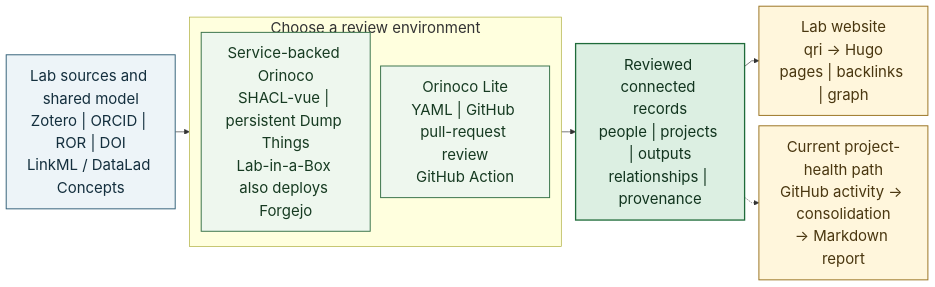
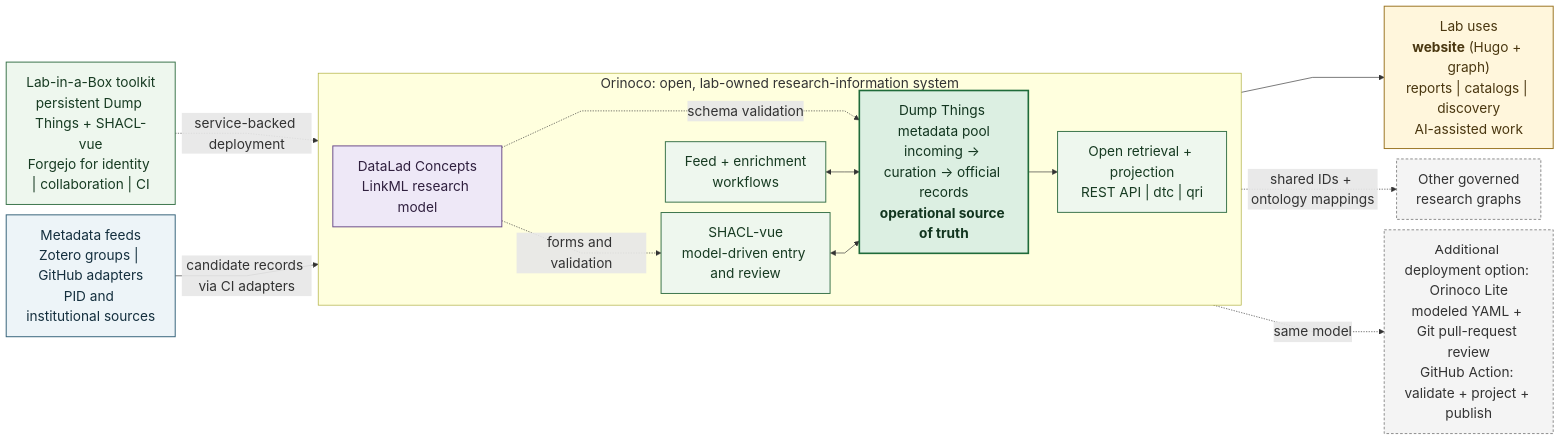
The diagram in 2026-usrse/orinoco-metadata-flow.mmd (con/talks), drawn with Mermaid before and after one commit. The commit also changed 1 other file, not shown here.

Commit message:
Reframe poster figure around the Orinoco stack

```diff
--- a/2026-usrse/orinoco-metadata-flow.mmd
+++ b/2026-usrse/orinoco-metadata-flow.mmd
@@ -1,29 +1,47 @@
-%% Solid arrows show working paths; the dashed arrow shows prospective reuse.
-%%{init: {"htmlLabels": true, "flowchart": {"curve": "linear", "nodeSpacing": 16, "rankSpacing": 22}, "themeVariables": {"fontFamily": "Arial, Helvetica, sans-serif", "fontSize": "23px"}}}%%
+%% Solid arrows show metadata flow; dashed arrows show supporting model,
+%% deployment, and interoperability relationships.
+%% The component layout adapts Orinoco's 2026 selfhost_components.svg artwork.
+%%{init: {"htmlLabels": true, "flowchart": {"curve": "linear", "nodeSpacing": 16, "rankSpacing": 20}, "themeVariables": {"fontFamily": "Arial, Helvetica, sans-serif", "fontSize": "21px"}}}%%
 flowchart LR
-    K["Lab sources and shared model<br/>Zotero | ORCID | ROR | DOI<br/>LinkML / DataLad Concepts"]
+    F["Metadata feeds<br/>Zotero groups | GitHub adapters<br/>PID and institutional sources"]
 
-    subgraph E["Choose a review environment"]
-        direction TB
-        O["Service-backed Orinoco<br/>SHACL-vue | persistent Dump Things<br/>Lab-in-a-Box also deploys Forgejo"]
-        L["Orinoco Lite<br/>YAML | GitHub pull-request review<br/>GitHub Action"]
+    G["Lab-in-a-Box toolkit<br/>persistent Dump Things + SHACL-vue<br/>Forgejo for identity | collaboration | CI"]
+
+    subgraph O["Orinoco: open, lab-owned research-information system"]
+        direction LR
+        M["DataLad Concepts<br/>LinkML research model"]
+        E["Feed + enrichment<br/>workflows"]
+        V["SHACL-vue<br/>model-driven entry and review"]
+        P["Dump Things metadata pool<br/>incoming → curation → official records<br/><b>operational source of truth</b>"]
+        Q["Open retrieval + projection<br/>REST API | dtc | qri"]
+
+        M -. "forms and validation" .-> V
+        M -. "schema validation" .-> P
+        E <--> P
+        V <--> P
+        P --> Q
     end
 
-    R["Reviewed connected records<br/>people | projects | outputs<br/>relationships | provenance"]
-    W["Lab website<br/>qri -> Hugo<br/>pages | backlinks | graph"]
-    C["Current project-health path<br/>GitHub activity -> consolidation<br/>-> Markdown report"]
+    G -. "service-backed deployment" .-> O
 
-    K --> E
-    E --> R
-    R --> W
-    R -.-> C
+    F -->|"candidate records via CI adapters"| O
+    O --> U["Lab uses<br/><b>website</b> (Hugo + graph)<br/>reports | catalogs | discovery<br/>AI-assisted work"]
 
-    classDef source fill:#edf4f8,stroke:#35627a,color:#142f3e,stroke-width:1.5px;
-    classDef pathway fill:#eef7ee,stroke:#39734a,color:#173b22,stroke-width:1.5px;
-    classDef records fill:#dcefe2,stroke:#1f6b3a,color:#12351f,stroke-width:2px;
-    classDef output fill:#fff6dc,stroke:#9a7422,color:#4a3710,stroke-width:1.5px;
+    O -. "shared IDs + ontology mappings" .-> K["Other governed<br/>research graphs"]
 
-    class K source;
-    class O,L pathway;
-    class R records;
-    class W,C output;
+    L["Additional deployment option: Orinoco Lite<br/>modeled YAML + Git pull-request review<br/>GitHub Action: validate + project + publish"]
+    O -. "same model" .-> L
+
+    classDef feed fill:#edf4f8,stroke:#35627a,color:#142f3e,stroke-width:1.5px;
+    classDef model fill:#eee8f7,stroke:#6a4b8a,color:#30203f,stroke-width:1.5px;
+    classDef tool fill:#eef7ee,stroke:#39734a,color:#173b22,stroke-width:1.5px;
+    classDef pool fill:#dcefe2,stroke:#1f6b3a,color:#12351f,stroke-width:2.5px;
+    classDef use fill:#fff6dc,stroke:#9a7422,color:#4a3710,stroke-width:1.5px;
+    classDef note fill:#f4f4f4,stroke:#777,color:#333,stroke-width:1.25px,stroke-dasharray:4 3;
+
+    class F feed;
+    class M model;
+    class E,V,Q,G tool;
+    class P pool;
+    class U use;
+    class K,L note;
```
